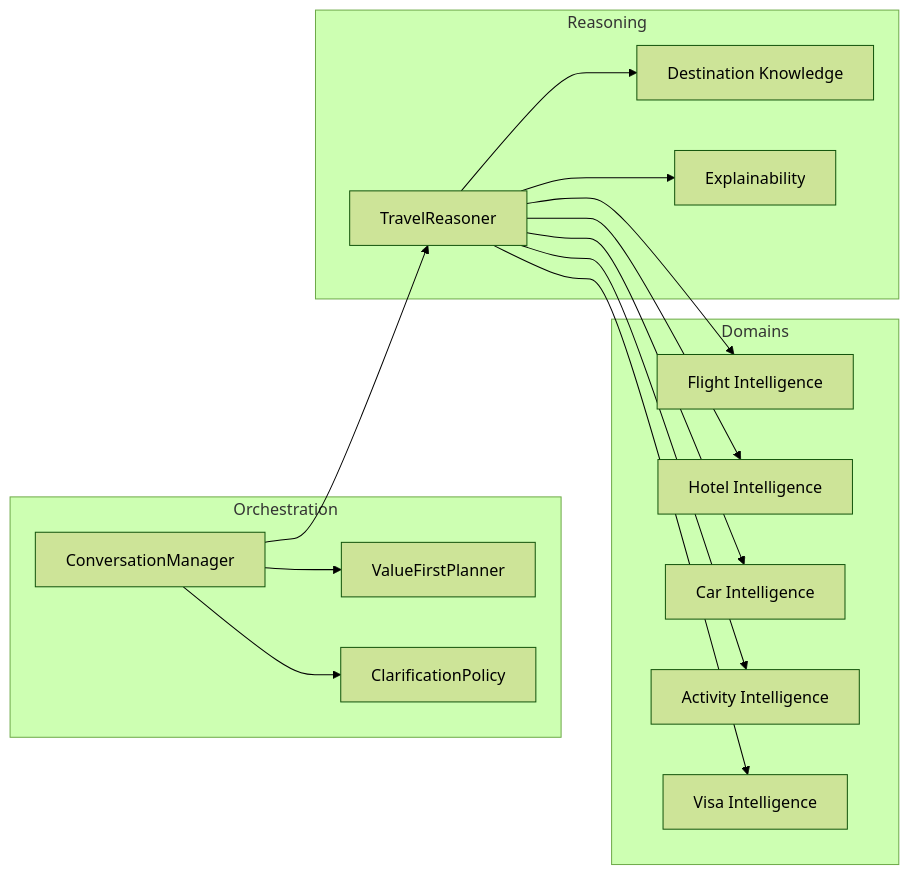
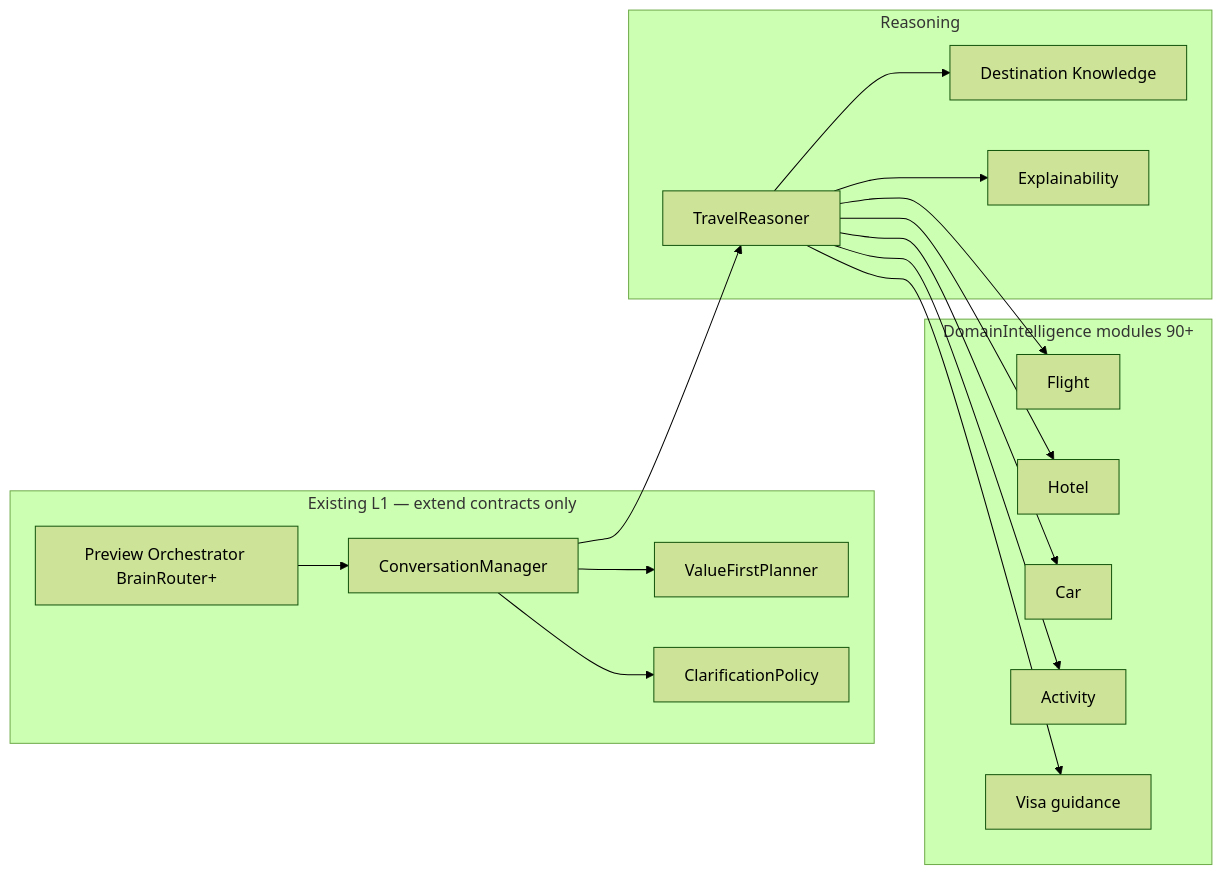
The second of 6 diagrams in docs/ARCHITECTURE_TRAVEL_INTELLIGENCE_ENGINE_SPRINT88-95.md (SamiAlamoudi/rahhal-ai-platform), drawn with Mermaid (forest theme) before and after one commit. The commit also changed other lines of this file, not shown here.

First line of the commit message:
docs: revise TIE architecture ADD per review required changes

````diff
--- a/docs/ARCHITECTURE_TRAVEL_INTELLIGENCE_ENGINE_SPRINT88-95.md
+++ b/docs/ARCHITECTURE_TRAVEL_INTELLIGENCE_ENGINE_SPRINT88-95.md
@@ -238,30 +331,32 @@
 ```mermaid
 flowchart LR
-  subgraph Orchestration
+  subgraph Orchestration["Existing L1 — extend contracts only"]
+    BR[Preview Orchestrator BrainRouter+]
     CM[ConversationManager]
     VF[ValueFirstPlanner]
     CP[ClarificationPolicy]
   end
   subgraph Reasoning
     TR[TravelReasoner]
     DK[Destination Knowledge]
     XAI[Explainability]
   end
-  subgraph Domains
-    FI[Flight Intelligence]
-    HI[Hotel Intelligence]
-    CI[Car Intelligence]
-    AI[Activity Intelligence]
-    VI[Visa Intelligence]
+  subgraph Domains["DomainIntelligence modules 90+"]
+    FI[Flight]
+    HI[Hotel]
+    CI[Car]
+    AI[Activity]
+    VI[Visa guidance]
   end
+  BR --> CM
   CM --> VF
   CM --> CP
   CM --> TR
   TR --> DK
   TR --> XAI
   TR --> FI
   TR --> HI
   TR --> CI
   TR --> AI
   TR --> VI
 ```
````
